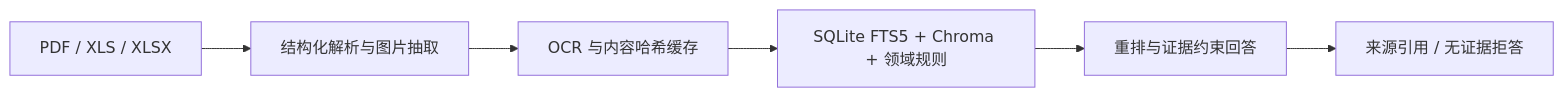
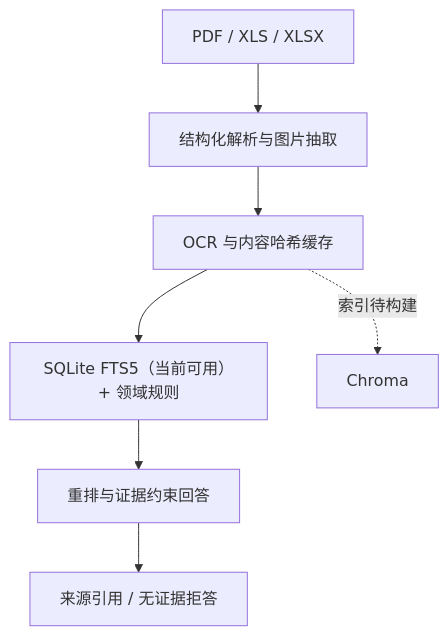
One commit to 1-1-1-11/1-1-1-11 changed the diagram in README.md. Above: the diagram before and after it, drawn with Mermaid. The commit also changed other lines of this file and 1 other file, not shown here.

````diff
--- a/README.md
+++ b/README.md
@@ -42,8 +56,9 @@
 ```mermaid
-flowchart LR
+flowchart TD
     A["PDF / XLS / XLSX"] --> B["结构化解析与图片抽取"]
     B --> C["OCR 与内容哈希缓存"]
-    C --> D["SQLite FTS5 + Chroma + 领域规则"]
+    C --> D["SQLite FTS5（当前可用）+ 领域规则"]
+    C -. "索引待构建" .-> G["Chroma"]
     D --> E["重排与证据约束回答"]
     E --> F["来源引用 / 无证据拒答"]
 ```
````
